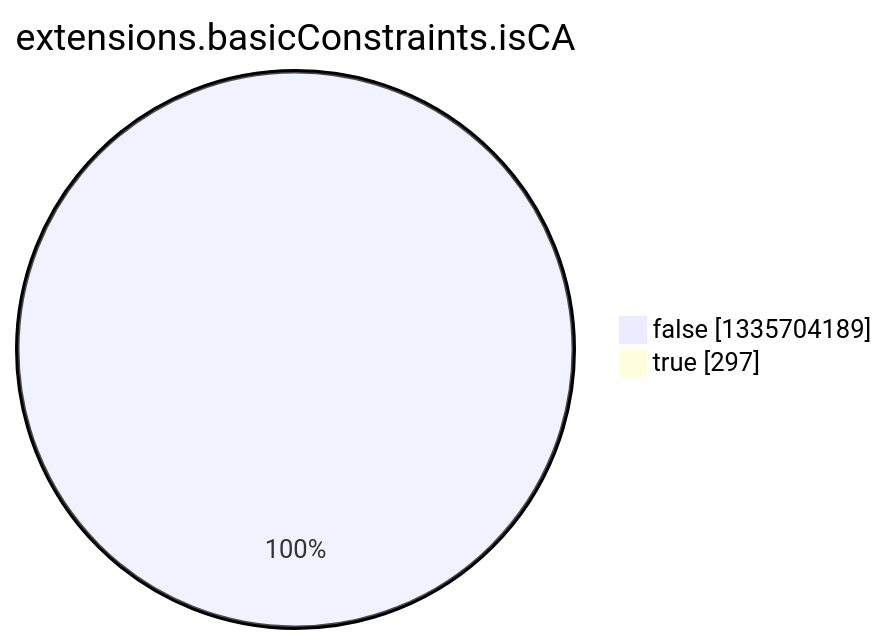
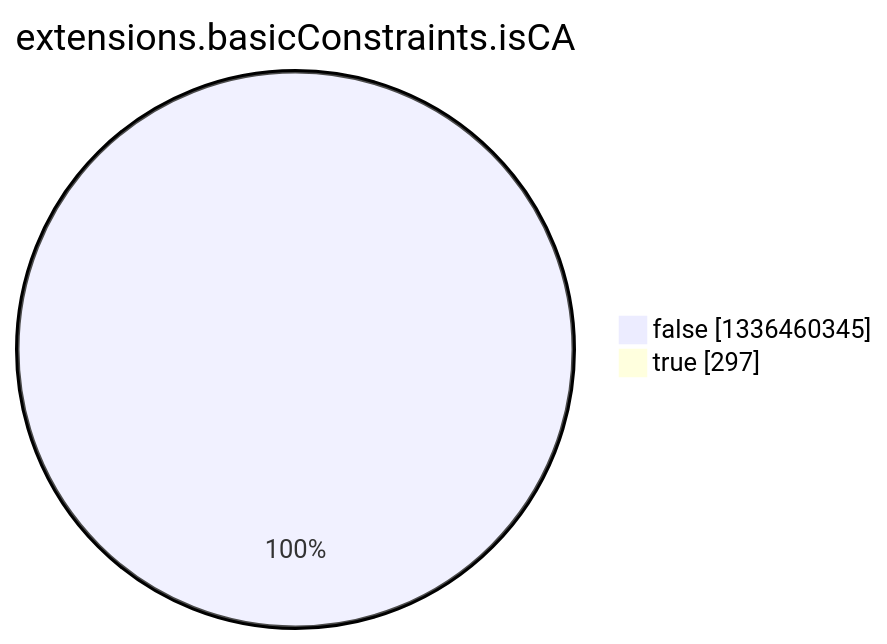
Before and after one commit to christiankrug/ctmonitor_visualization: the eighth of 15 diagrams in argon2022/README.md, drawn with Mermaid. The commit also changed other lines of this file, not shown here.

````diff
--- a/argon2022/README.md
+++ b/argon2022/README.md
@@ -2758,6 +2758,6 @@
 ```mermaid
 pie showData
 title extensions.basicConstraints.isCA
-"false" :1335704189
+"false" :1336460345
 "true" :297
 ```
````
